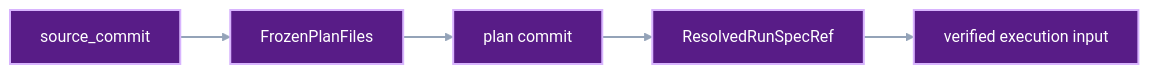
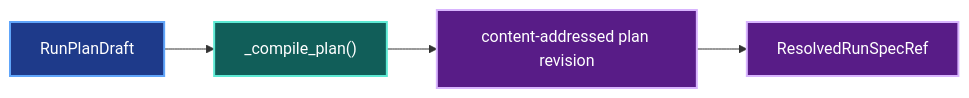
Before and after one commit to pvd232/viper: the second of 3 diagrams in docs/development/frozen-plan-git-identity.md, drawn with Mermaid. The commit also changed other lines of this file and 19 other files, not shown here.

````diff
--- a/docs/development/frozen-plan-git-identity.md
+++ b/docs/development/frozen-plan-git-identity.md
@@ -98,10 +67,12 @@
 ```mermaid
 flowchart LR
-    Source["source_commit"] --> Files["FrozenPlanFiles"]
-    Files --> Commit["plan commit"]
-    Commit --> Ref["ResolvedRunSpecRef"]
-    Ref --> Execute["verified execution input"]
-    class Source,Files,Commit,Ref,Execute proposed
+    Draft["RunPlanDraft"] --> Compile["_compile_plan()"]
+    Compile --> Revision["content-addressed plan revision"]
+    Revision --> Ref["ResolvedRunSpecRef"]
+    class Draft contract
+    class Compile implementation
+    class Revision,Ref proposed
+    classDef contract fill:#1e3a8a,stroke:#60a5fa,color:#ffffff,stroke-width:2px
+    classDef implementation fill:#115e59,stroke:#5eead4,color:#ffffff,stroke-width:2px
     classDef proposed fill:#581c87,stroke:#d8b4fe,color:#ffffff,stroke-width:2px
-    linkStyle default stroke:#94a3b8,stroke-width:2px
 ```
````
